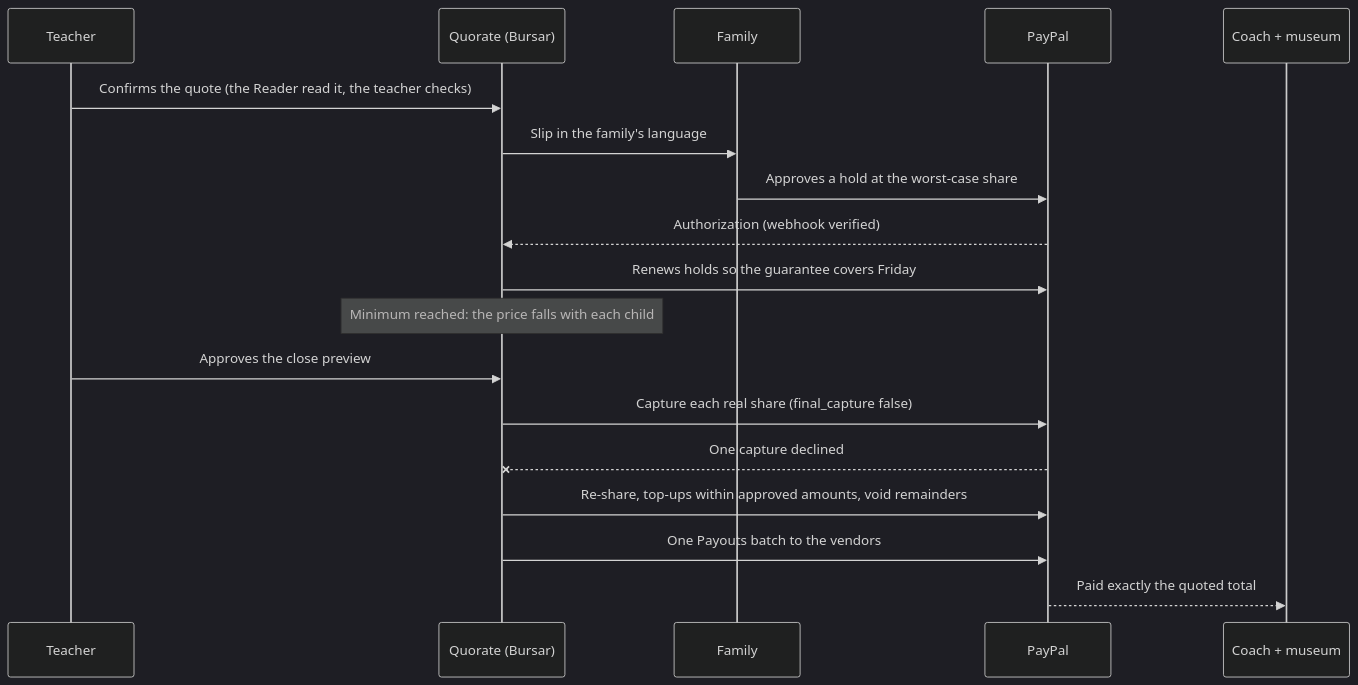
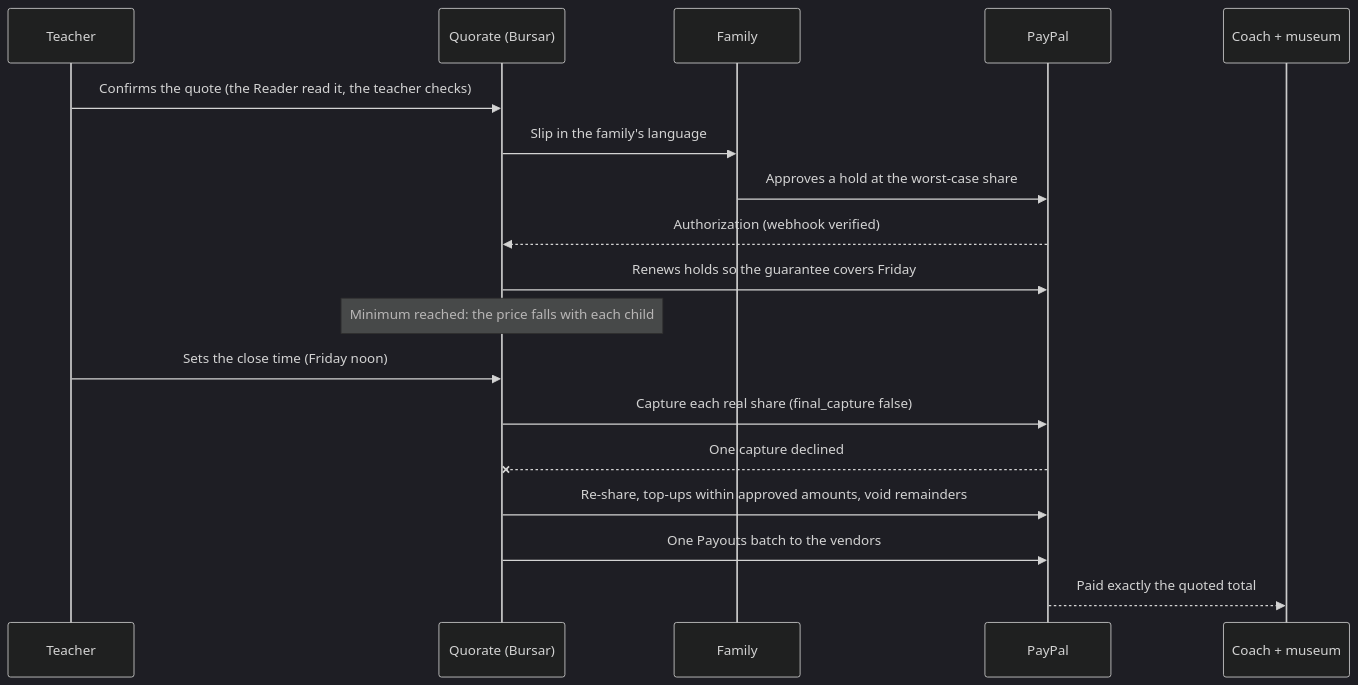
One commit to 0xkinno/quorate changed the second of 2 diagrams in README.md. Above: the diagram before and after it, drawn with Mermaid (dark theme). The commit also changed other lines of this file and 57 other files, not shown here.

````diff
--- a/README.md
+++ b/README.md
@@ -124,20 +124,20 @@
 ```mermaid
 sequenceDiagram
   participant T as Teacher
   participant Q as Quorate (Bursar)
   participant F as Family
   participant P as PayPal
   participant V as Coach + museum
   T->>Q: Confirms the quote (the Reader read it, the teacher checks)
   Q->>F: Slip in the family's language
   F->>P: Approves a hold at the worst-case share
   P-->>Q: Authorization (webhook verified)
   Q->>P: Renews holds so the guarantee covers Friday
   Note over Q: Minimum reached: the price falls with each child
-  T->>Q: Approves the close preview
+  T->>Q: Sets the close time (Friday noon)
   Q->>P: Capture each real share (final_capture false)
   P--xQ: One capture declined
   Q->>P: Re-share, top-ups within approved amounts, void remainders
   Q->>P: One Payouts batch to the vendors
   P-->>V: Paid exactly the quoted total
 ```
````
